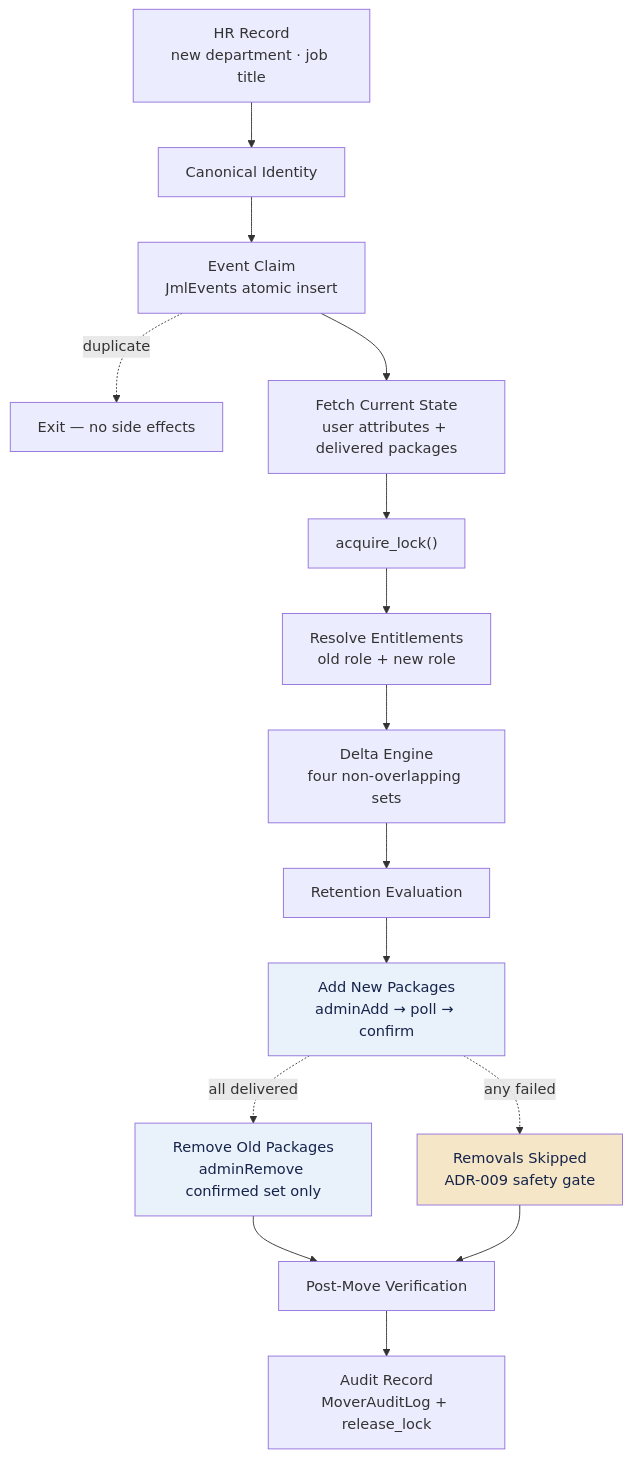
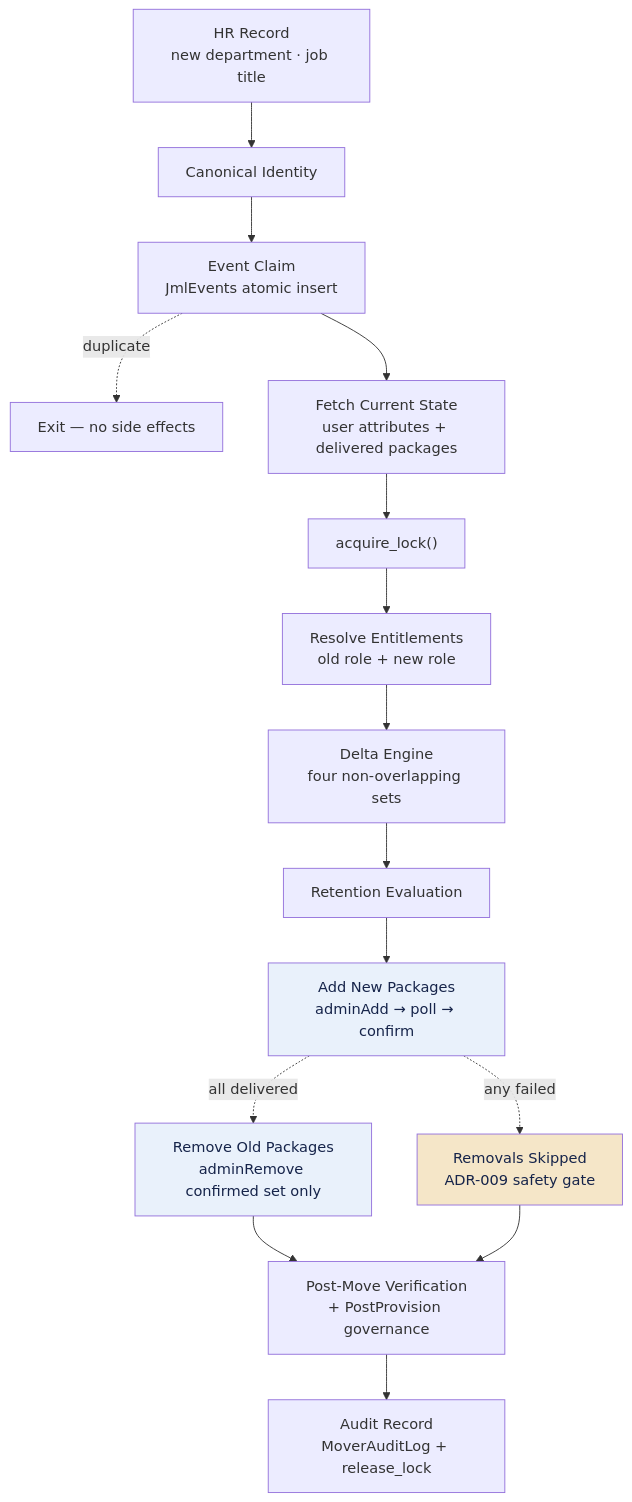
Before and after one commit to donhenzo/JML-EnigneV2: the third of 9 diagrams in Architecture.md, drawn with Mermaid. The commit also changed other lines of this file and 6 other files, not shown here.

````diff
--- a/Architecture.md
+++ b/Architecture.md
@@ -197,21 +200,21 @@
 ```mermaid
 flowchart TD
     HR["HR Record<br/>new department · job title"] --> NORM["Canonical Identity"]
     NORM --> CLAIM["Event Claim<br/>JmlEvents atomic insert"]
     CLAIM -.duplicate.-> EXIT["Exit — no side effects"]
     CLAIM --> FETCH["Fetch Current State<br/>user attributes + delivered packages"]
     FETCH --> LOCK["acquire_lock()"]
     LOCK --> RESOLVE["Resolve Entitlements<br/>old role + new role"]
     RESOLVE --> DELTA["Delta Engine<br/>four non-overlapping sets"]
     DELTA --> RET["Retention Evaluation"]
     RET --> ADD["Add New Packages<br/>adminAdd → poll → confirm"]
     ADD -.all delivered.-> REMOVE["Remove Old Packages<br/>adminRemove confirmed set only"]
     ADD -.any failed.-> SKIP["Removals Skipped<br/>ADR-009 safety gate"]
-    REMOVE --> VERIFY["Post-Move Verification"]
+    REMOVE --> VERIFY["Post-Move Verification<br/>+ PostProvision governance"]
     SKIP --> VERIFY
     VERIFY --> AUDIT["Audit Record<br/>MoverAuditLog + release_lock"]
 
     style ADD fill:#E9F1FB,color:#16244A
     style REMOVE fill:#E9F1FB,color:#16244A
     style SKIP fill:#F5E6C8,color:#16244A
 ```
````
